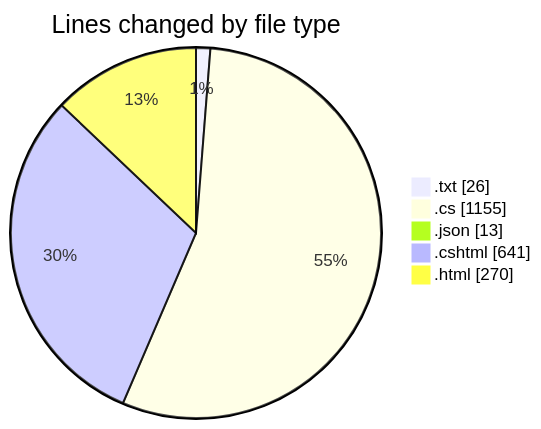
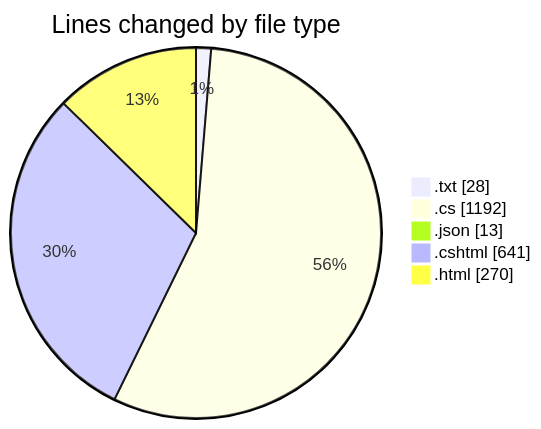
Before and after one commit to lephambinh05/code-tracking: the first of 2 diagrams in 2025-07-27/quanlyrapchieuphim-1/README.md, drawn with Mermaid. The commit also changed other lines of this file and 1 other file, not shown here.

````diff
--- a/2025-07-27/quanlyrapchieuphim-1/README.md
+++ b/2025-07-27/quanlyrapchieuphim-1/README.md
@@ -30,9 +30,9 @@
 ```mermaid
 pie showData
 title Lines changed by file type
-".txt" : 26
-".cs" : 1155
+".txt" : 28
+".cs" : 1192
 ".json" : 13
 ".cshtml" : 641
 ".html" : 270
 ```
````
